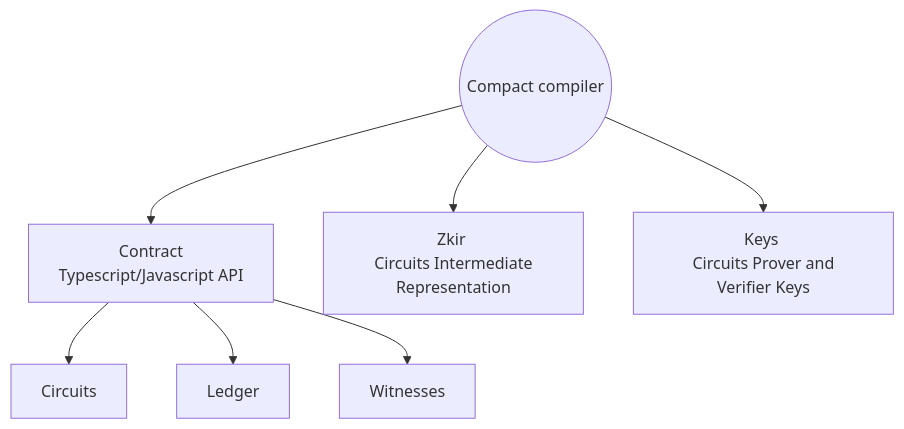
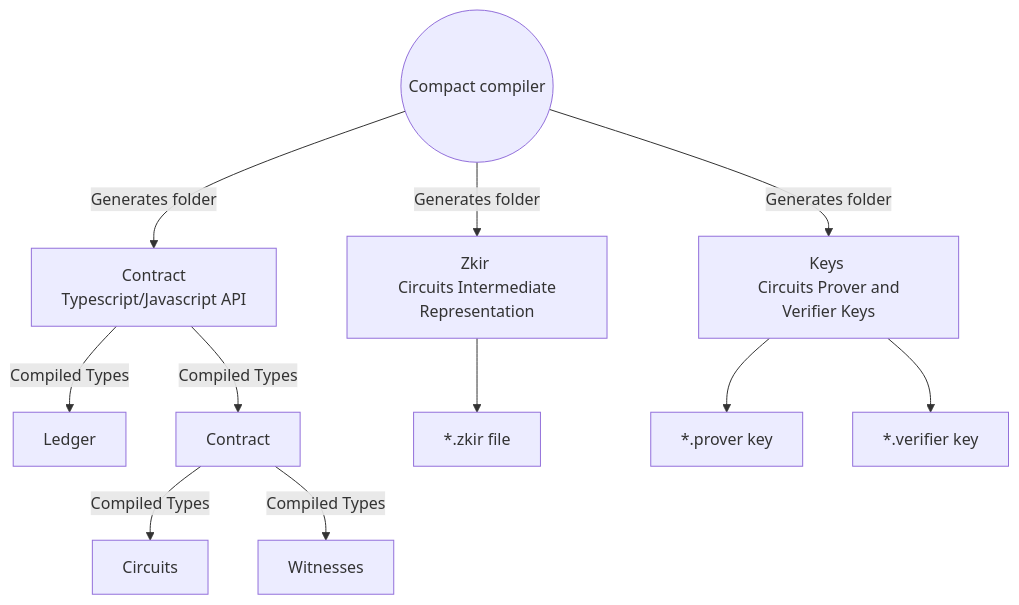
The sixth of 7 diagrams in README.md (solidsnakedev/learning-midnight), drawn with Mermaid before and after one commit.

````diff
--- a/README.md
+++ b/README.md
@@ -88,10 +88,14 @@
 ```mermaid
 flowchart
   direction LR
-  A((Compact compiler)) --> B1[Contract \n Typescript/Javascript API]
-  B1 --> C1[Circuits]
-  B1 --> C2[Ledger]
-  B1 --> C3[Witnesses]
-  A --> B2[Zkir \n Circuits Intermediate Representation]
-  A --> B3[Keys \n Circuits Prover and Verifier Keys]
+  A((Compact compiler)) -->|Generates folder| B1[Contract \n Typescript/Javascript API]
+  B1 -->|Compiled Types| C2[Ledger]
+  B1 -->|Compiled Types| C4[Contract]
+  C4 -->|Compiled Types| C1[Circuits]
+  C4 -->|Compiled Types| C3[Witnesses]
+  A -->|Generates folder| B2[Zkir \n Circuits Intermediate Representation]
+  B2 --> B21[*.zkir file]
+  A -->|Generates folder| B3[Keys \n Circuits Prover and Verifier Keys]
+  B3 --> D1[*.prover key]
+  B3 --> D2[*.verifier key]
 ```
````
